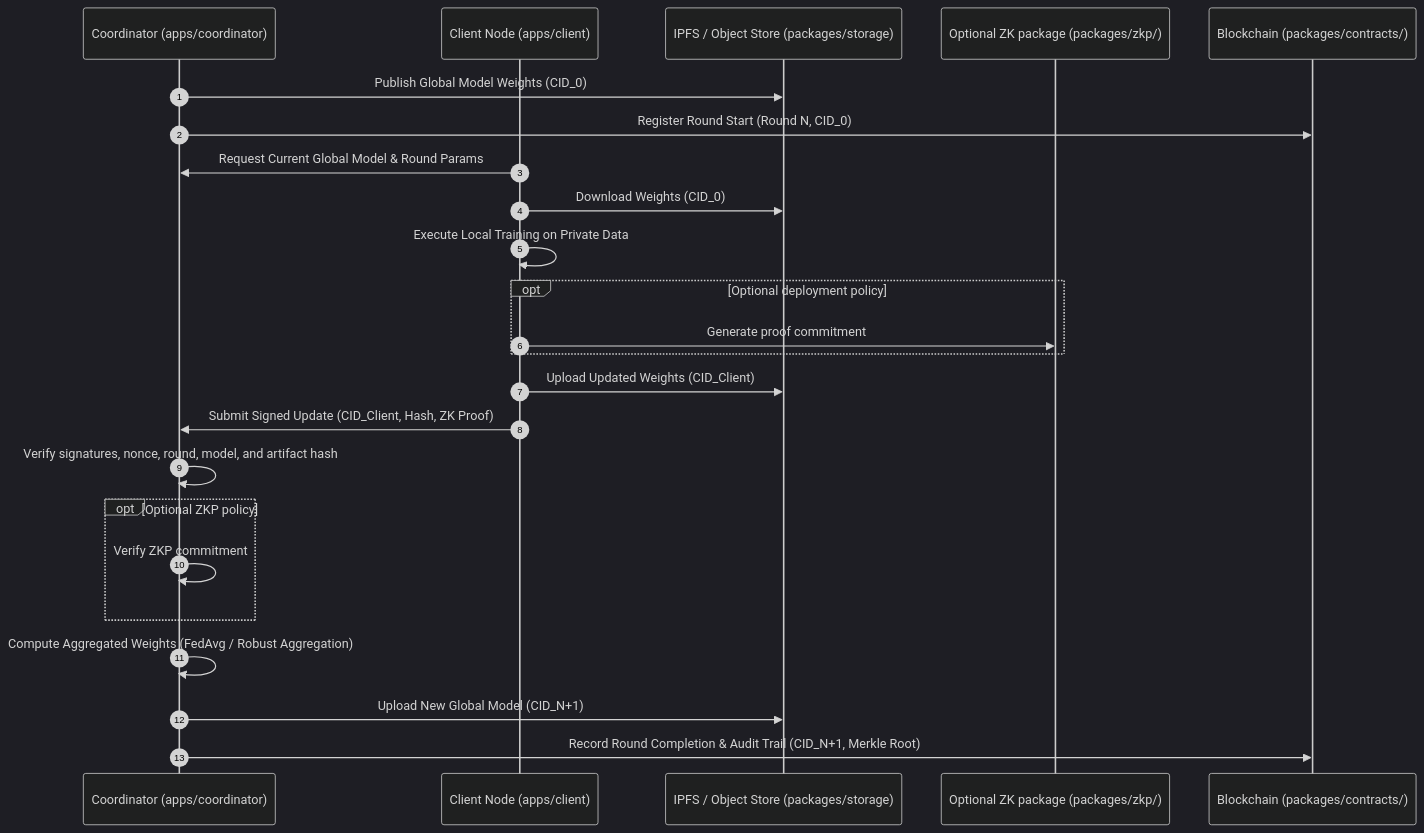
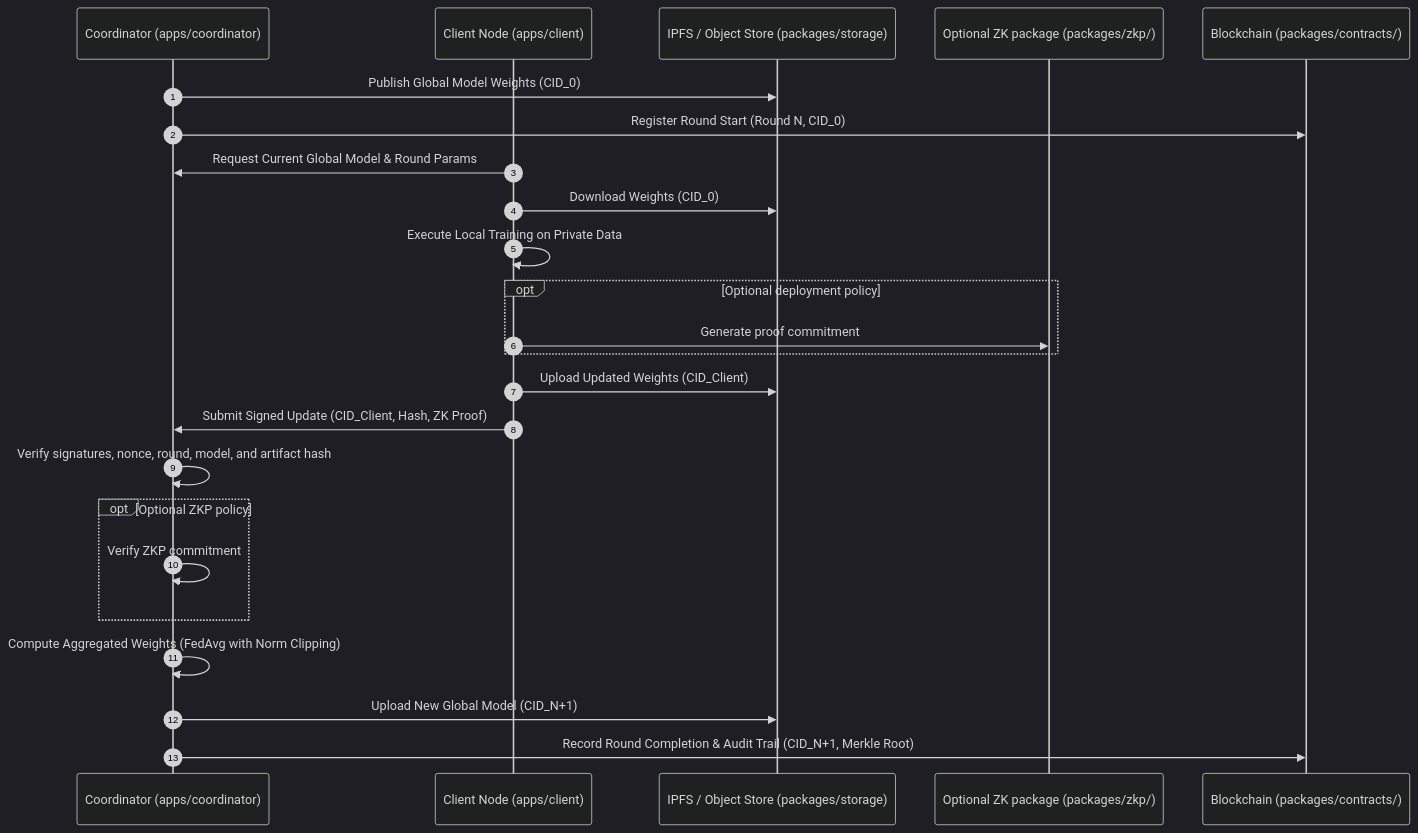
The diagram in docs/ARCHITECTURE.md (FL-Blockchain-Project-Major/trustfl), drawn with Mermaid (dark theme) before and after one commit. The commit also changed 10 other files, not shown here.

Commit message:
feat(security,resilience): apply update hardening, norm clipping, and persistence aggregation

````diff
--- a/docs/ARCHITECTURE.md
+++ b/docs/ARCHITECTURE.md
@@ -56,27 +56,27 @@
 ```mermaid
 sequenceDiagram
     autonumber
     participant Coord as Coordinator (apps/coordinator)
     participant Client as Client Node (apps/client)
     participant Storage as IPFS / Object Store (packages/storage)
     participant ZK as Optional ZK package (packages/zkp/)
     participant Chain as Blockchain (packages/contracts/)
 
     Coord->>Storage: Publish Global Model Weights (CID_0)
     Coord->>Chain: Register Round Start (Round N, CID_0)
     Client->>Coord: Request Current Global Model & Round Params
     Client->>Storage: Download Weights (CID_0)
     Client->>Client: Execute Local Training on Private Data
     opt Optional deployment policy
         Client->>ZK: Generate proof commitment
     end
     Client->>Storage: Upload Updated Weights (CID_Client)
     Client->>Coord: Submit Signed Update (CID_Client, Hash, ZK Proof)
     Coord->>Coord: Verify signatures, nonce, round, model, and artifact hash
     opt Optional ZKP policy
         Coord->>Coord: Verify ZKP commitment
     end
-    Coord->>Coord: Compute Aggregated Weights (FedAvg / Robust Aggregation)
+    Coord->>Coord: Compute Aggregated Weights (FedAvg with Norm Clipping)
     Coord->>Storage: Upload New Global Model (CID_N+1)
     Coord->>Chain: Record Round Completion & Audit Trail (CID_N+1, Merkle Root)
 ```
````
